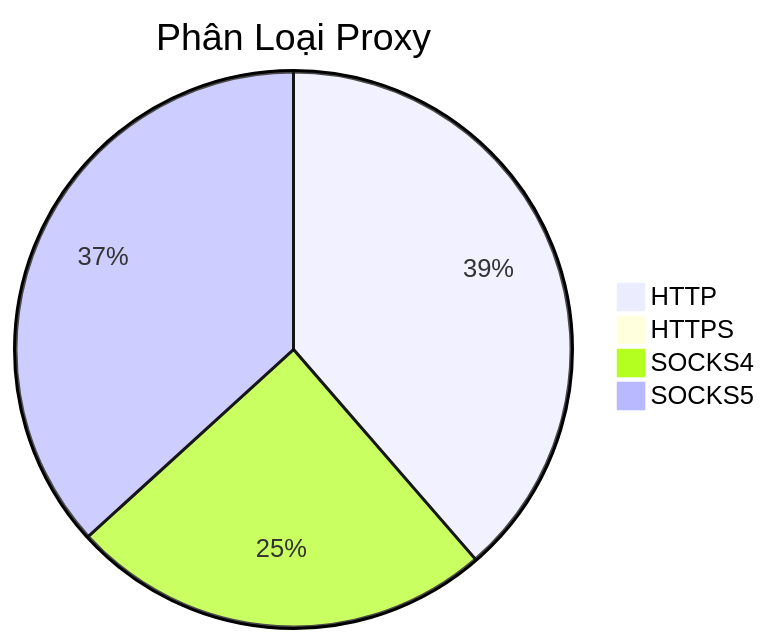
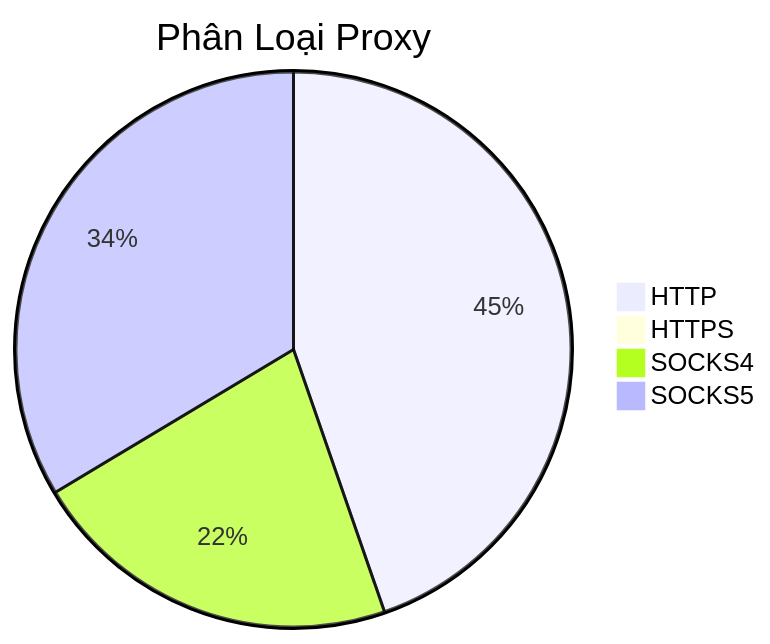
The diagram in README.md (Ciara-12/PROXY-free), drawn with Mermaid before and after one commit. The commit also changed other lines of this file and 3 other files, not shown here.

````diff
--- a/README.md
+++ b/README.md
@@ -26,7 +26,7 @@
 ```mermaid
 pie title Phân Loại Proxy
-    "HTTP" : 372
+    "HTTP" : 391
     "HTTPS" : 0
-    "SOCKS4" : 237
-    "SOCKS5" : 354
+    "SOCKS4" : 190
+    "SOCKS5" : 294
 ```
````
